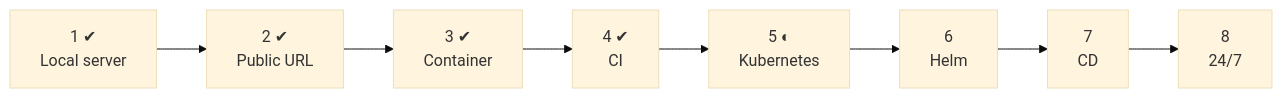
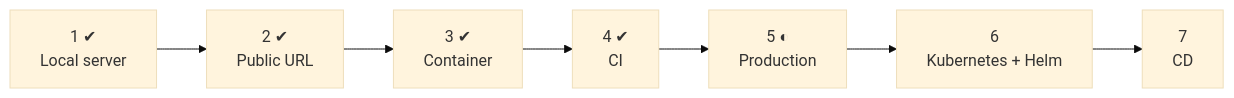
Before and after one commit to Bende-KBB/devops-lab: the second of 3 diagrams in docs/pipeline.md, drawn with Mermaid (base theme). The commit also changed other lines of this file and 3 other files, not shown here.

````diff
--- a/docs/pipeline.md
+++ b/docs/pipeline.md
@@ -17,4 +17,4 @@
 ```mermaid
 flowchart LR
-    P1["1 ✔<br/>Local server"] --> P2["2 ✔<br/>Public URL"] --> P3["3 ✔<br/>Container"] --> P4["4 ✔<br/>CI"] --> P5["5 ◐<br/>Kubernetes"] --> P6["6<br/>Helm"] --> P7["7<br/>CD"] --> P8["8<br/>24/7"]
+    P1["1 ✔<br/>Local server"] --> P2["2 ✔<br/>Public URL"] --> P3["3 ✔<br/>Container"] --> P4["4 ✔<br/>CI"] --> P5["5 ◐<br/>Production"] --> P6["6<br/>Kubernetes + Helm"] --> P7["7<br/>CD"]
 ```
````
